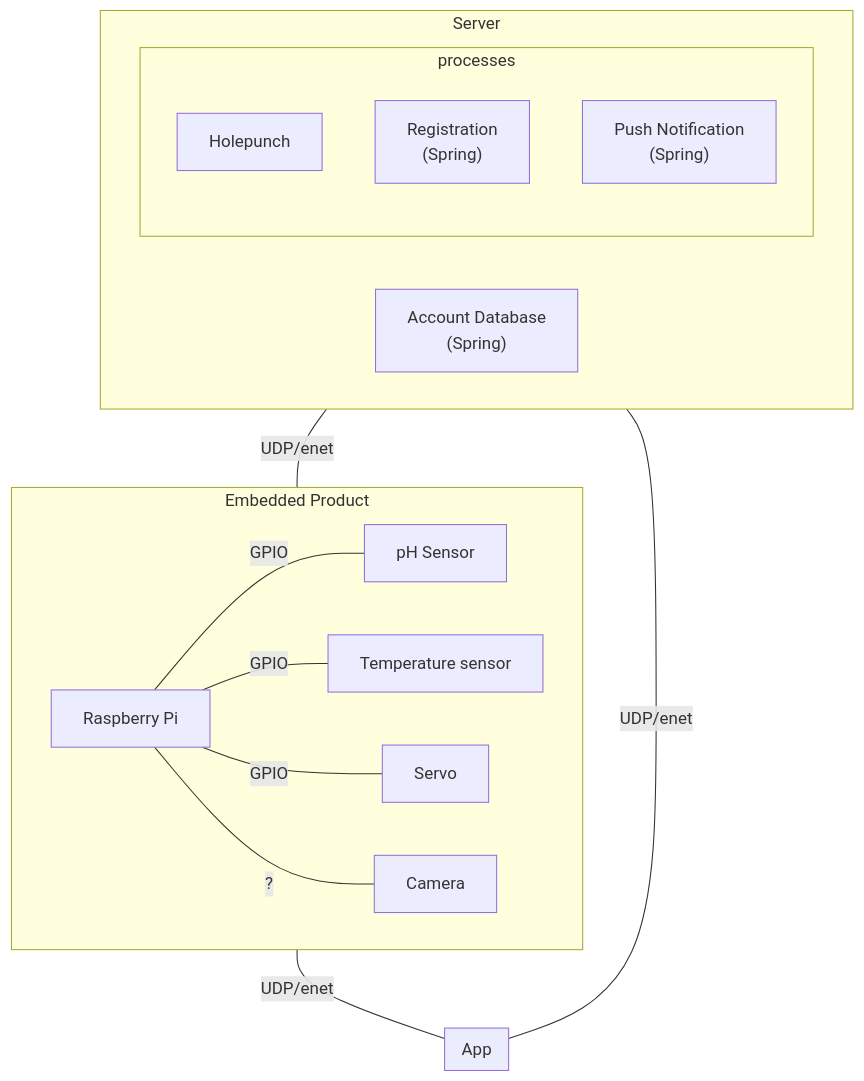
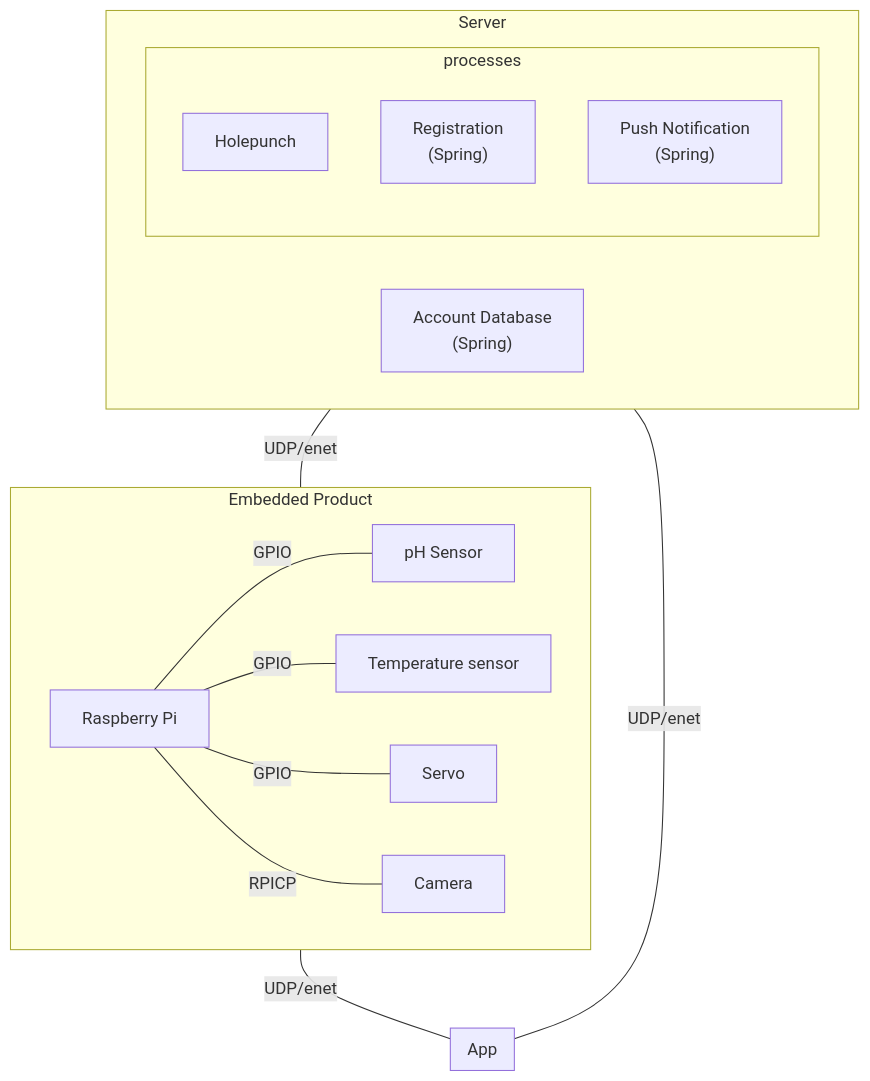
The diagram in diagrams/blocks.mmd (marc-deon/Oceanic-Onmifeeder), drawn with Mermaid before and after one commit.

```diff
--- a/diagrams/blocks.mmd
+++ b/diagrams/blocks.mmd
@@ -1,25 +1,25 @@
 flowchart TD
     
     subgraph embedded[Embedded Product]
         rpi[Raspberry Pi]
         rpi -- GPIO --- ph[pH Sensor]
         rpi -- GPIO --- temp[Temperature sensor]
         rpi -- GPIO --- servo[Servo]
-        rpi -- ? --- camera[Camera]
+        rpi -- RPICP --- camera[Camera]
     end
 
     subgraph app[App]
     end
 
     subgraph server[Server]
         subgraph processes
             Holepunch["Holepunch"]
             Registration["Registration\n(Spring)"]
             pushnotification["Push Notification\n(Spring)"]
         end
         Database["Account Database\n(Spring)"]
     end
     
     embedded -- UDP/enet --- app
     server -- UDP/enet --- app
     server -- UDP/enet --- embedded
```
